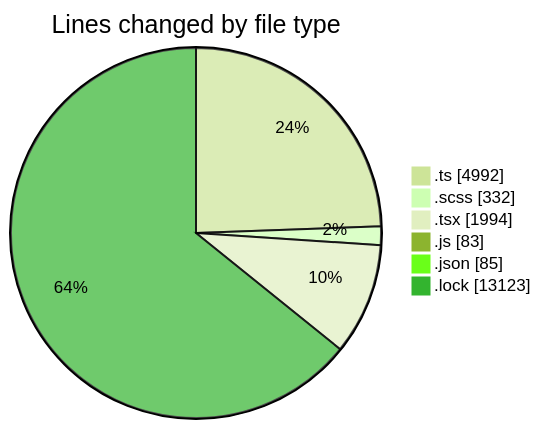
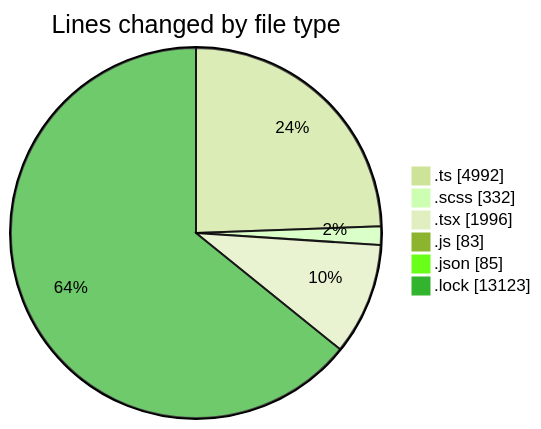
Before and after one commit to momahboobian/code-tracking: the first of 2 diagrams in 2025-09-12/cda/README.md, drawn with Mermaid (forest theme). The commit also changed other lines of this file and 1 other file, not shown here.

````diff
--- a/2025-09-12/cda/README.md
+++ b/2025-09-12/cda/README.md
@@ -34,10 +34,10 @@
 ```mermaid
 pie showData
 title Lines changed by file type
 ".ts" : 4992
 ".scss" : 332
-".tsx" : 1994
+".tsx" : 1996
 ".js" : 83
 ".json" : 85
 ".lock" : 13123
 ```
````
